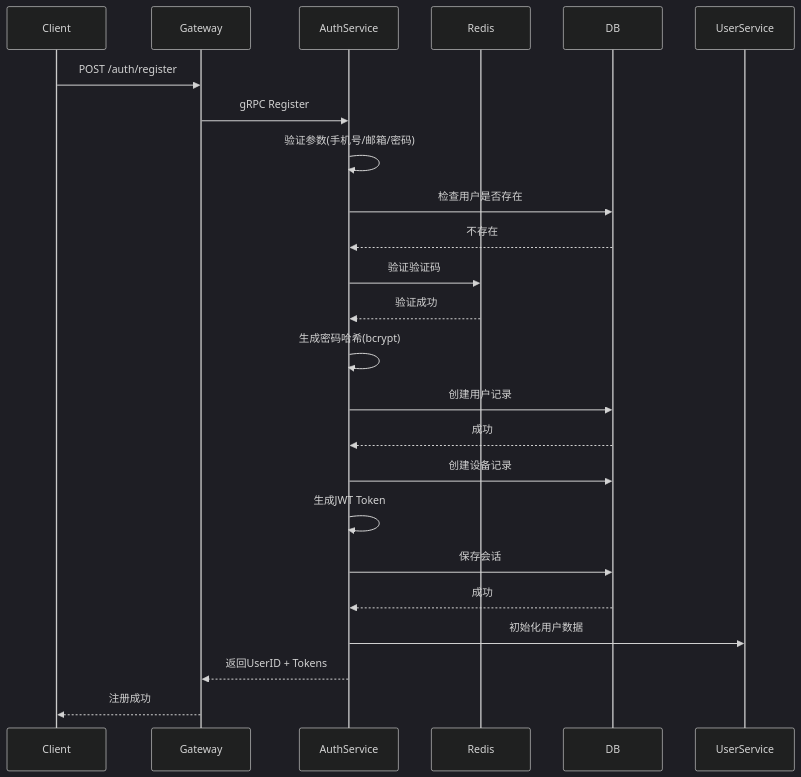
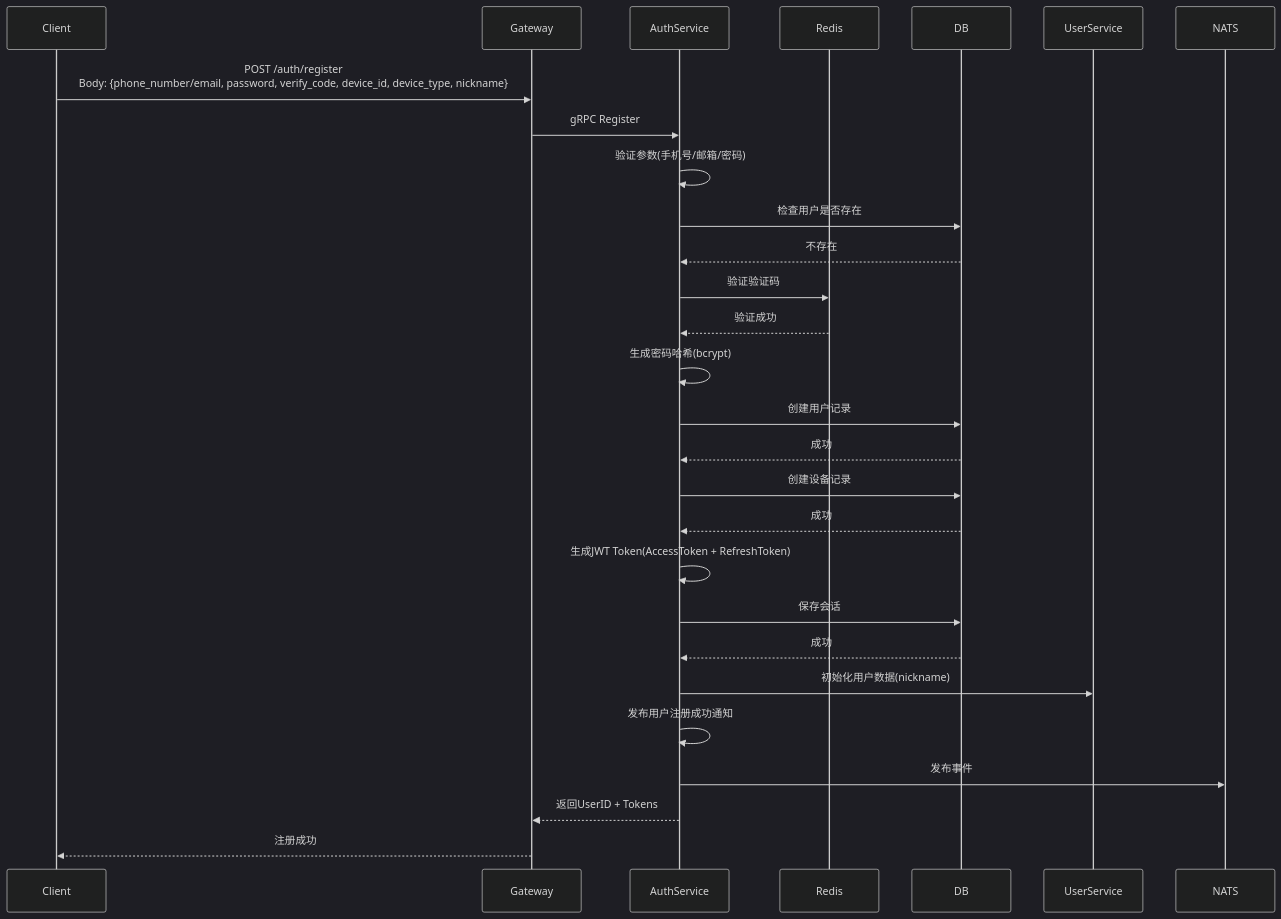
Before and after one commit to yzhgit/anychat-server: the diagram in docs/design/auth/register.md, drawn with Mermaid (dark theme). The commit also changed 30 other files, not shown here.

First line of the commit message:
docs: 更新设计文档时序图，添加Gateway和NATS参与者

````diff
--- a/docs/design/auth/register.md
+++ b/docs/design/auth/register.md
@@ -66,27 +66,31 @@
 ```mermaid
 sequenceDiagram
     participant Client
     participant Gateway
     participant AuthService
     participant Redis
     participant DB
     participant UserService
+    participant NATS
 
-    Client->>Gateway: POST /auth/register
+    Client->>Gateway: POST /auth/register<br/>Body: {phone_number/email, password, verify_code, device_id, device_type, nickname}
     Gateway->>AuthService: gRPC Register
     AuthService->>AuthService: 验证参数(手机号/邮箱/密码)
     AuthService->>DB: 检查用户是否存在
     DB-->>AuthService: 不存在
     AuthService->>Redis: 验证验证码
     Redis-->>AuthService: 验证成功
     AuthService->>AuthService: 生成密码哈希(bcrypt)
     AuthService->>DB: 创建用户记录
     DB-->>AuthService: 成功
     AuthService->>DB: 创建设备记录
-    AuthService->>AuthService: 生成JWT Token
+    DB-->>AuthService: 成功
+    AuthService->>AuthService: 生成JWT Token(AccessToken + RefreshToken)
     AuthService->>DB: 保存会话
     DB-->>AuthService: 成功
-    AuthService->>UserService: 初始化用户数据
+    AuthService->>UserService: 初始化用户数据(nickname)
+    AuthService->>AuthService: 发布用户注册成功通知
+    AuthService->>NATS: 发布事件
     AuthService-->>Gateway: 返回UserID + Tokens
     Gateway-->>Client: 注册成功
 ```
````
